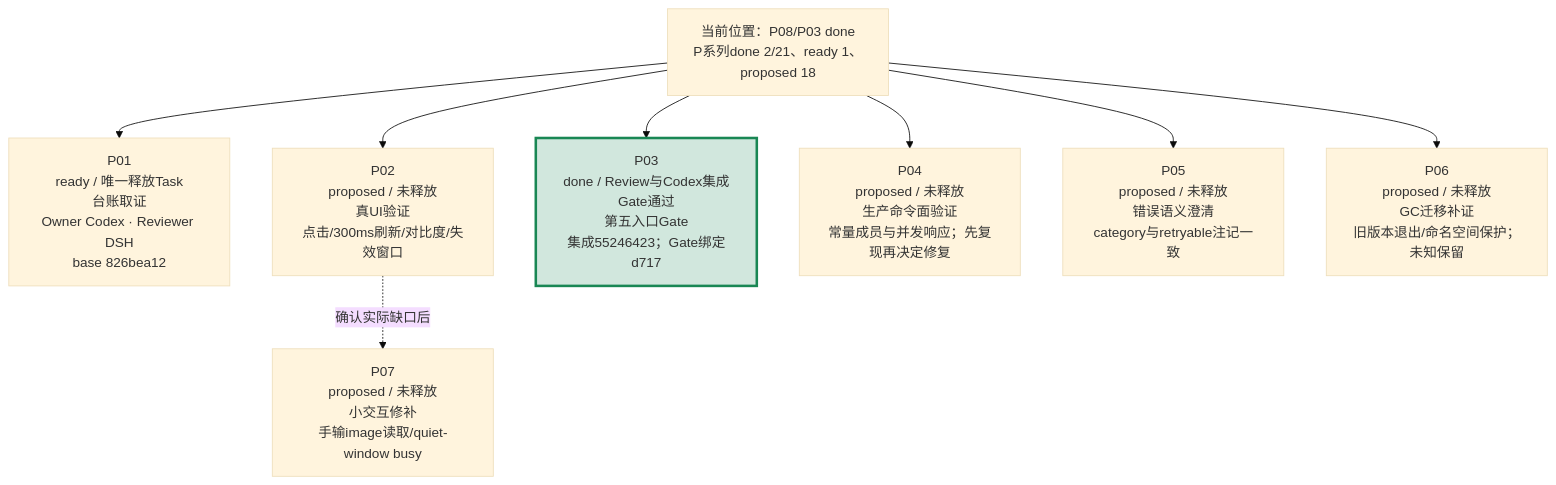
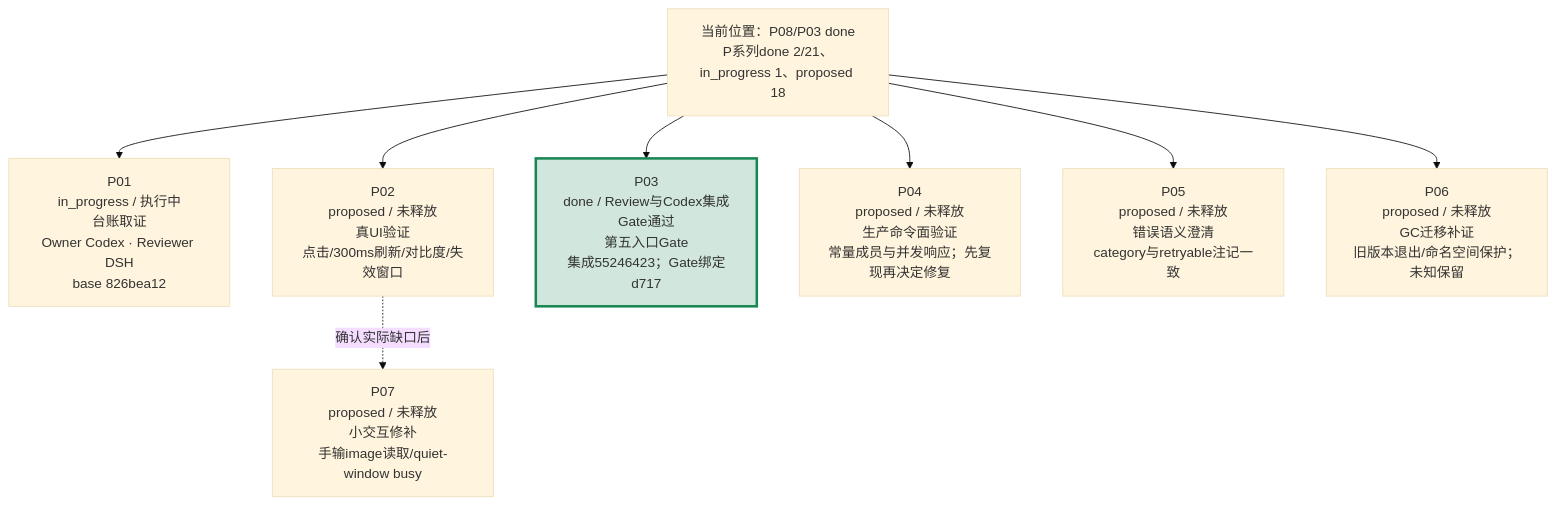
One commit to peakwheat-pixel/New-Manga changed the second of 4 diagrams in verification/PROJECT-ROADMAP-20261008/ROADMAP.md. Above: the diagram before and after it, drawn with Mermaid (base theme). The commit also changed other lines of this file and 15 other files, not shown here.

````diff
--- a/verification/PROJECT-ROADMAP-20261008/ROADMAP.md
+++ b/verification/PROJECT-ROADMAP-20261008/ROADMAP.md
@@ -30,11 +30,11 @@
 ```mermaid
 flowchart TB
-  BASE["当前位置：P08/P03 done<br/>P系列done 2/21、ready 1、proposed 18"] --> P01["P01<br/>ready / 唯一释放Task<br/>台账取证<br/>Owner Codex · Reviewer DSH<br/>base 826bea12"]
+  BASE["当前位置：P08/P03 done<br/>P系列done 2/21、in_progress 1、proposed 18"] --> P01["P01<br/>in_progress / 执行中<br/>台账取证<br/>Owner Codex · Reviewer DSH<br/>base 826bea12"]
   BASE --> P02["P02<br/>proposed / 未释放<br/>真UI验证<br/>点击/300ms刷新/对比度/失效窗口"]
   BASE --> P03["P03<br/>done / Review与Codex集成Gate通过<br/>第五入口Gate<br/>集成55246423；Gate绑定d717"]
   BASE --> P04["P04<br/>proposed / 未释放<br/>生产命令面验证<br/>常量成员与并发响应；先复现再决定修复"]
   BASE --> P05["P05<br/>proposed / 未释放<br/>错误语义澄清<br/>category与retryable注记一致"]
   BASE --> P06["P06<br/>proposed / 未释放<br/>GC迁移补证<br/>旧版本退出/命名空间保护；未知保留"]
   P02 -. "确认实际缺口后" .-> P07["P07<br/>proposed / 未释放<br/>小交互修补<br/>手输image读取/quiet-window busy"]
   style P03 fill:#d1e7dd,stroke:#198754,stroke-width:3px
 ```
````
